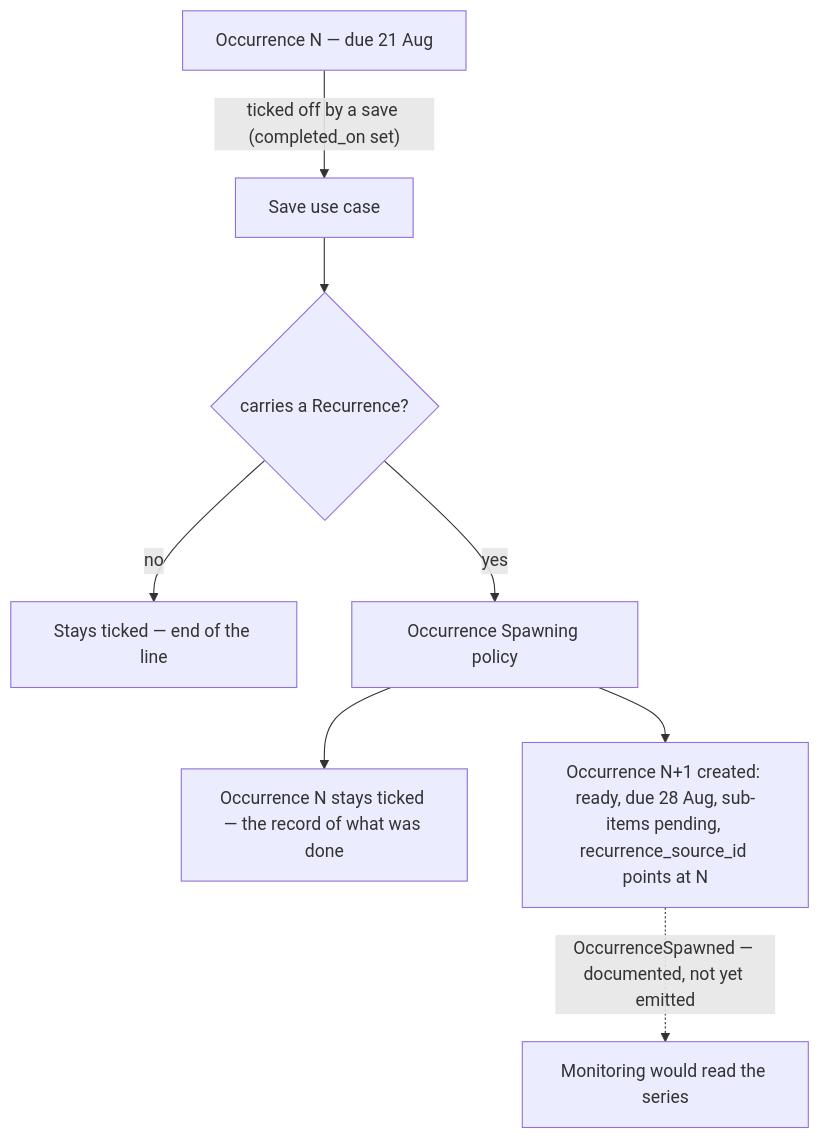
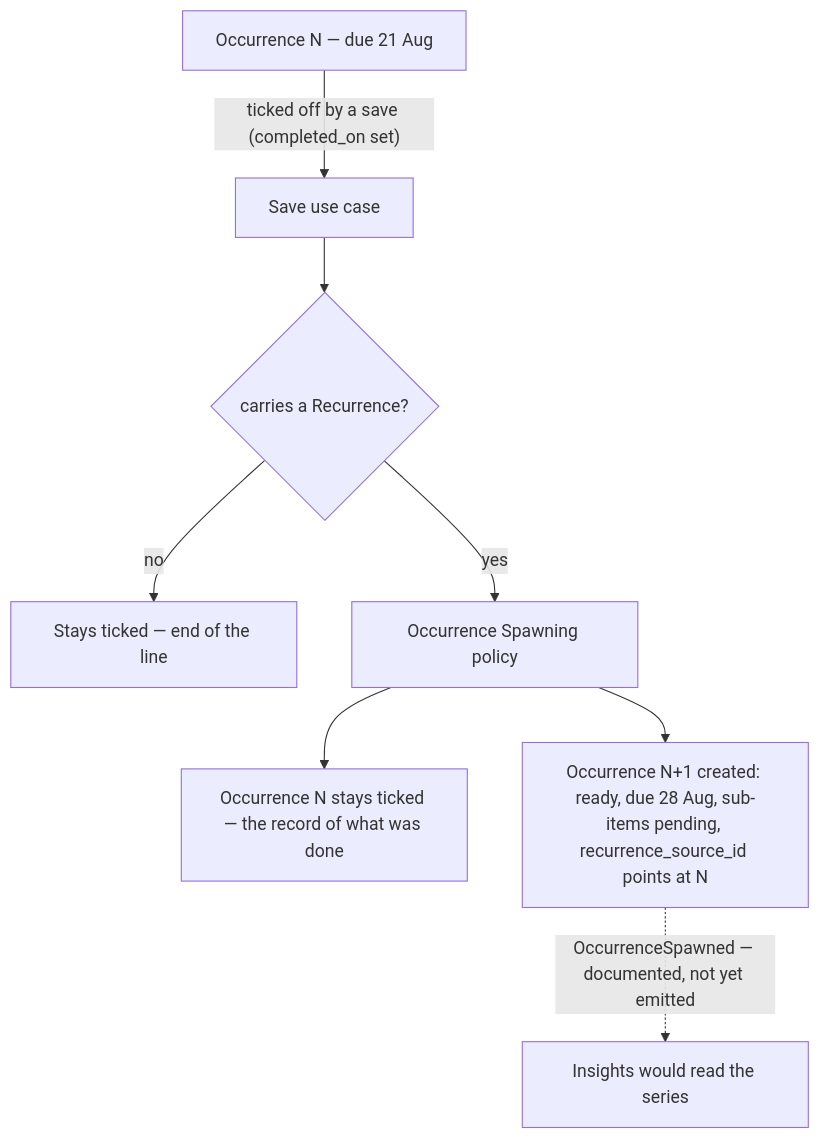
Before and after one commit to JSdotNet/Backlog: the third of 3 diagrams in .devbook/domain/tasks/domain.md, drawn with Mermaid. The commit also changed other lines of this file and 48 other files, not shown here.

First line of the commit message:
docs(devbook): merge Monitoring into Productivity as Insights under ADR 0073

````diff
--- a/.devbook/domain/tasks/domain.md
+++ b/.devbook/domain/tasks/domain.md
@@ -543,10 +543,10 @@
 ```mermaid
 flowchart TD
     N["Occurrence N — due 21 Aug"] -->|"ticked off by a save (completed_on set)"| E["Save use case"]
     E --> Q{"carries a Recurrence?"}
     Q -->|no| S["Stays ticked — end of the line"]
     Q -->|yes| P["Occurrence Spawning policy"]
     P --> K["Occurrence N stays ticked — the record of what was done"]
     P --> C["Occurrence N+1 created: ready, due 28 Aug, sub-items pending, recurrence_source_id points at N"]
-    C -.->|"OccurrenceSpawned — documented, not yet emitted"| M["Monitoring would read the series"]
+    C -.->|"OccurrenceSpawned — documented, not yet emitted"| M["Insights would read the series"]
 ```
````
